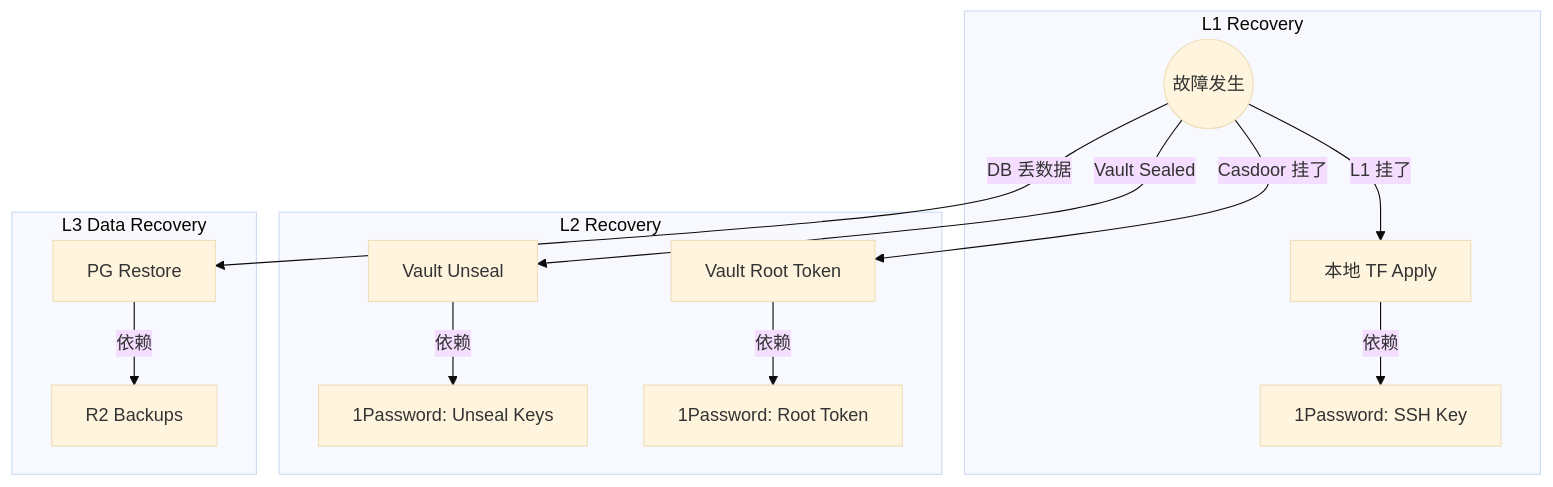
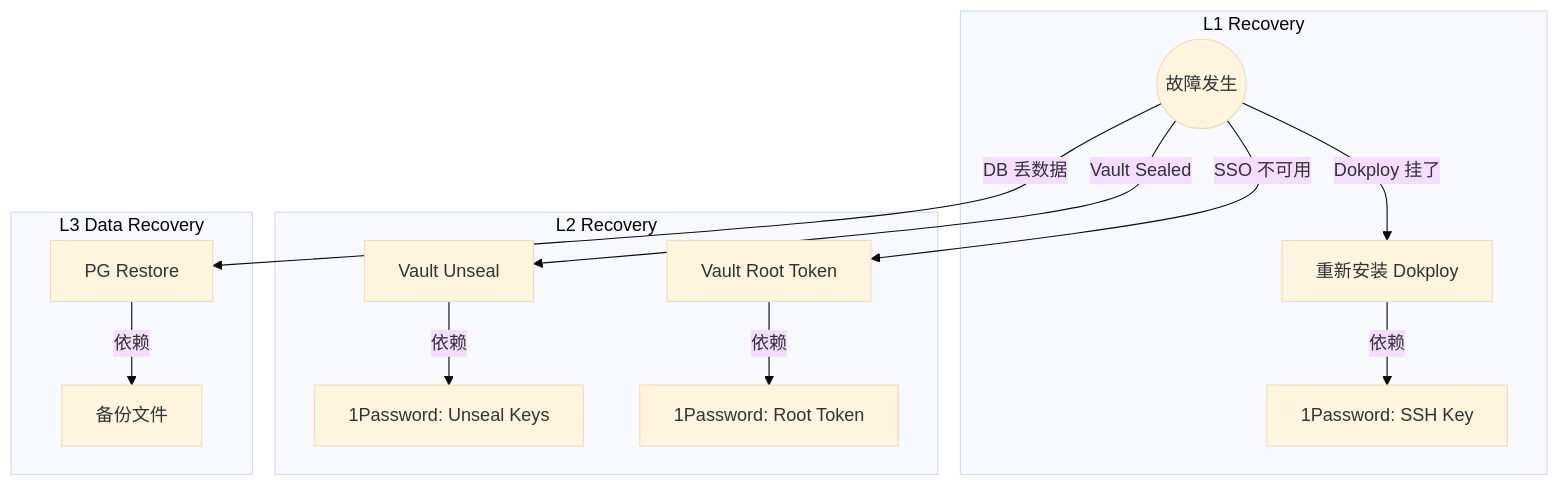
One commit to wangzitian0/infra2 changed the diagram in docs/ssot/ops.recovery.md. Above: the diagram before and after it, drawn with Mermaid (base theme). The commit also changed other lines of this file and 59 other files, not shown here.

````diff
--- a/docs/ssot/ops.recovery.md
+++ b/docs/ssot/ops.recovery.md
@@ -24,22 +22,22 @@
 ```mermaid
 graph TD
     Failure((故障发生))
-    
+
     subgraph "L1 Recovery"
-        Failure -->|L1 挂了| LocalApply[本地 TF Apply]
-        LocalApply -->|依赖| OP_SSH[1Password: SSH Key]
+        Failure -->|Dokploy 挂了| Reinstall[重新安装 Dokploy]
+        Reinstall -->|依赖| OP_SSH[1Password: SSH Key]
     end
-    
+
     subgraph "L2 Recovery"
         Failure -->|Vault Sealed| Unseal[Vault Unseal]
         Unseal -->|依赖| OP_KEYS[1Password: Unseal Keys]
-        
-        Failure -->|Casdoor 挂了| RootLogin[Vault Root Token]
+
+        Failure -->|SSO 不可用| RootLogin[Vault Root Token]
         RootLogin -->|依赖| OP_ROOT[1Password: Root Token]
     end
-    
+
     subgraph "L3 Data Recovery"
         Failure -->|DB 丢数据| Restore[PG Restore]
-        Restore -->|依赖| R2[R2 Backups]
+        Restore -->|依赖| BACKUP[备份文件]
     end
 ```
````
